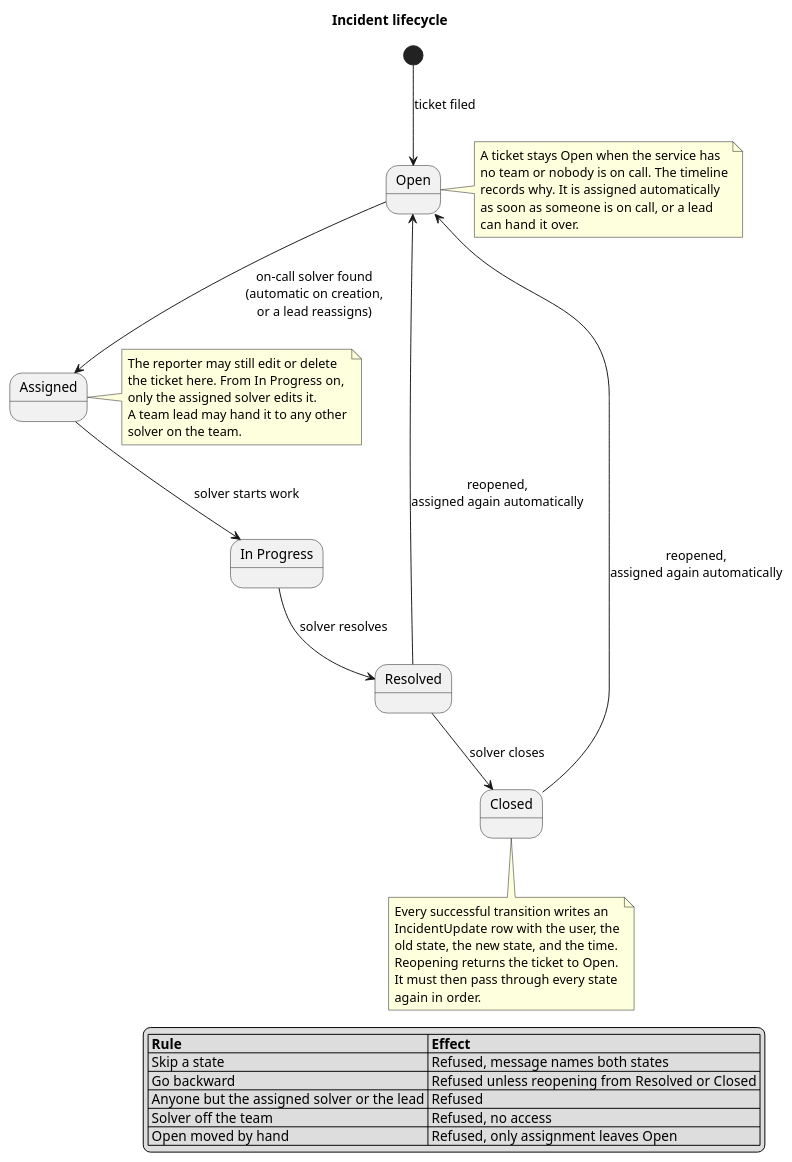
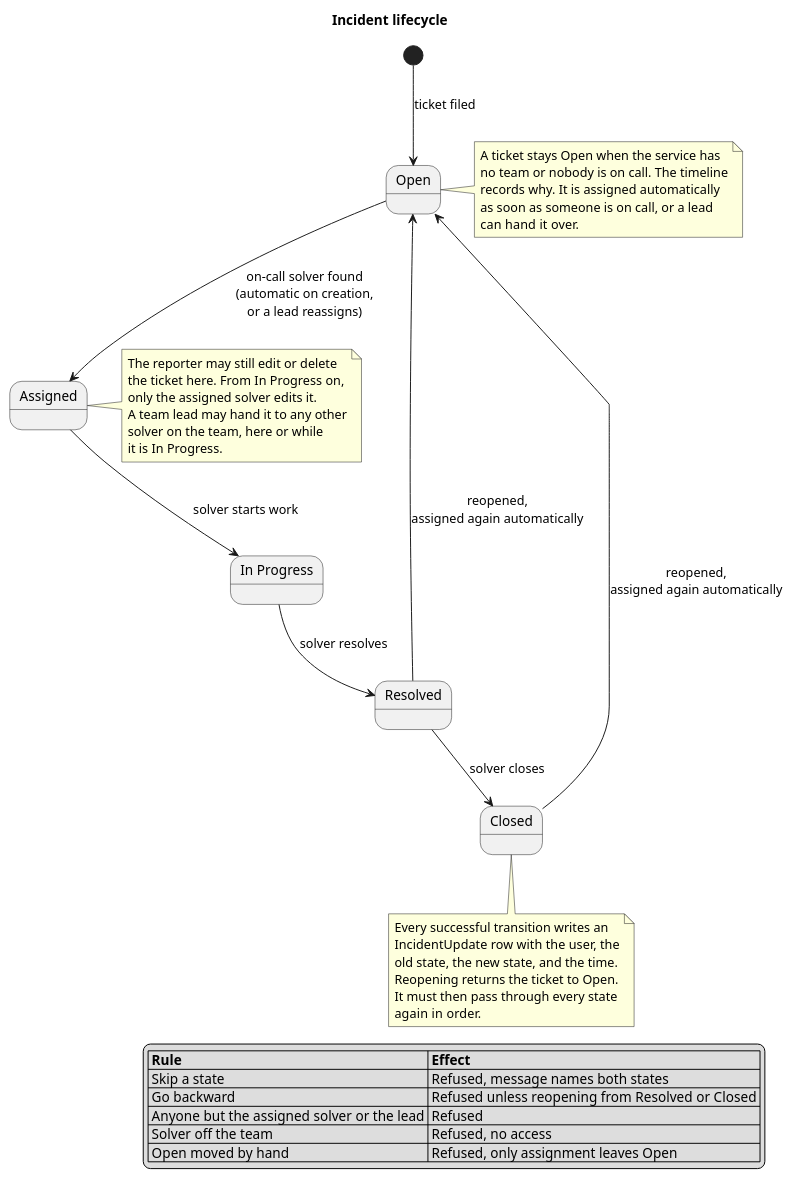
The diagram in docs/incident-state-machine.puml (ZiedRbd/COSC-3339-Fall-2026-Term-Project), drawn with PlantUML before and after one commit.

Commit message:
State machine note: reassignment is allowed while Assigned or In Progress

```diff
--- a/docs/incident-state-machine.puml
+++ b/docs/incident-state-machine.puml
@@ -1,48 +1,49 @@
 @startuml
 title Incident lifecycle
 
 [*] --> Open : ticket filed
 
 state "In Progress" as InProgress
 
 Open --> Assigned : on-call solver found\n(automatic on creation,\nor a lead reassigns)
 Assigned --> InProgress : solver starts work
 InProgress --> Resolved : solver resolves
 Resolved --> Closed : solver closes
 Resolved --> Open : reopened,\nassigned again automatically
 Closed --> Open : reopened,\nassigned again automatically
 
 note right of Open
   A ticket stays Open when the service has
   no team or nobody is on call. The timeline
   records why. It is assigned automatically
   as soon as someone is on call, or a lead
   can hand it over.
 end note
 
 note right of Assigned
   The reporter may still edit or delete
   the ticket here. From In Progress on,
   only the assigned solver edits it.
   A team lead may hand it to any other
-  solver on the team.
+  solver on the team, here or while
+  it is In Progress.
 end note
 
 note bottom of Closed
   Every successful transition writes an
   IncidentUpdate row with the user, the
   old state, the new state, and the time.
   Reopening returns the ticket to Open.
   It must then pass through every state
   again in order.
 end note
 
 legend right
   |= Rule |= Effect |
   | Skip a state | Refused, message names both states |
   | Go backward | Refused unless reopening from Resolved or Closed |
   | Anyone but the assigned solver or the lead | Refused |
   | Solver off the team | Refused, no access |
   | Open moved by hand | Refused, only assignment leaves Open |
 endlegend
 @enduml
```
